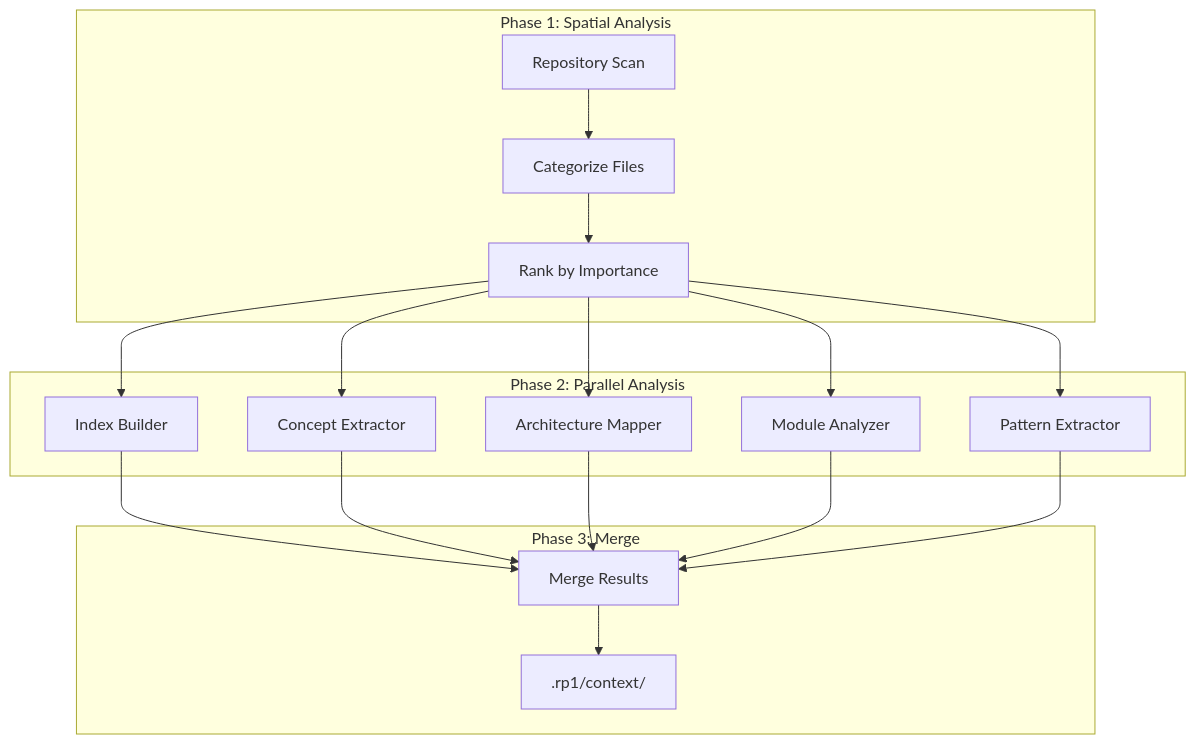
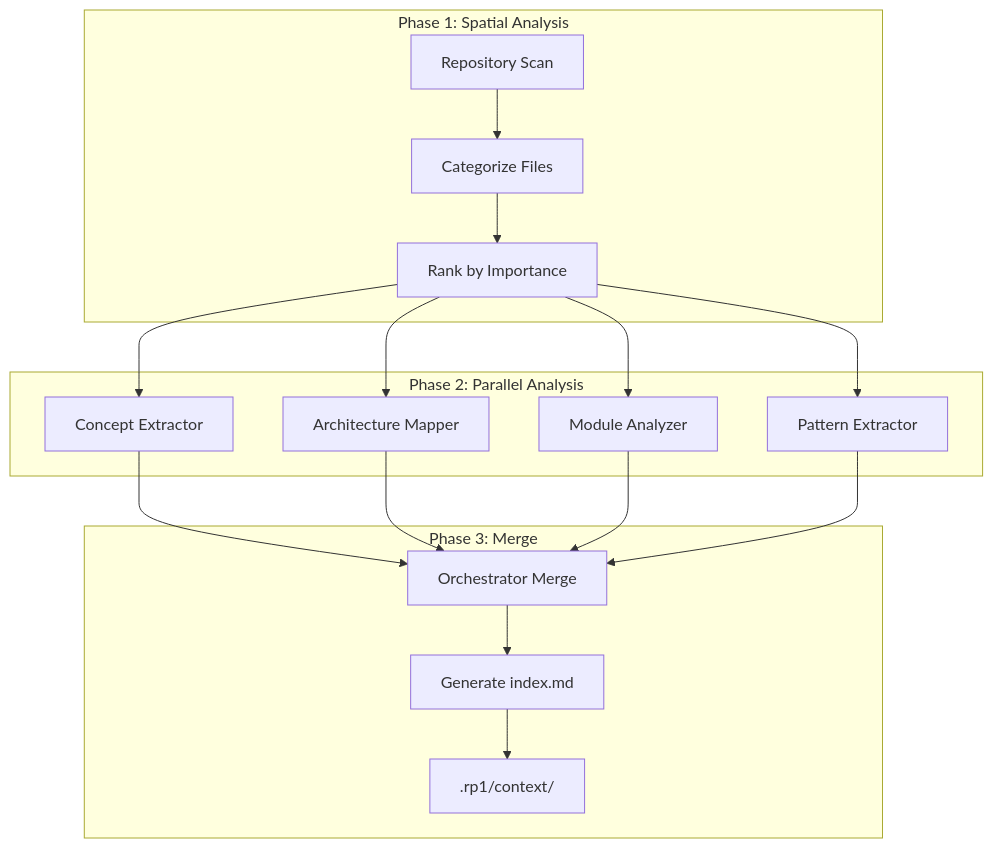
Before and after one commit to rp1-run/rp1: the second of 2 diagrams in docs/guides/team-onboarding.md, drawn with Mermaid. The commit also changed other lines of this file and 41 other files, not shown here.

````diff
--- a/docs/guides/team-onboarding.md
+++ b/docs/guides/team-onboarding.md
@@ -81,24 +81,23 @@
 ```mermaid
 flowchart TB
     subgraph Phase 1: Spatial Analysis
         SCAN[Repository Scan] --> CAT[Categorize Files]
         CAT --> RANK[Rank by Importance]
     end
 
     subgraph Phase 2: Parallel Analysis
-        RANK --> A1[Index Builder]
-        RANK --> A2[Concept Extractor]
-        RANK --> A3[Architecture Mapper]
-        RANK --> A4[Module Analyzer]
-        RANK --> A5[Pattern Extractor]
+        RANK --> A1[Concept Extractor]
+        RANK --> A2[Architecture Mapper]
+        RANK --> A3[Module Analyzer]
+        RANK --> A4[Pattern Extractor]
     end
 
     subgraph Phase 3: Merge
-        A1 --> MERGE[Merge Results]
+        A1 --> MERGE[Orchestrator Merge]
         A2 --> MERGE
         A3 --> MERGE
         A4 --> MERGE
-        A5 --> MERGE
-        MERGE --> KB[.rp1/context/]
+        MERGE --> IDX[Generate index.md]
+        IDX --> KB[.rp1/context/]
     end
 ```
````
